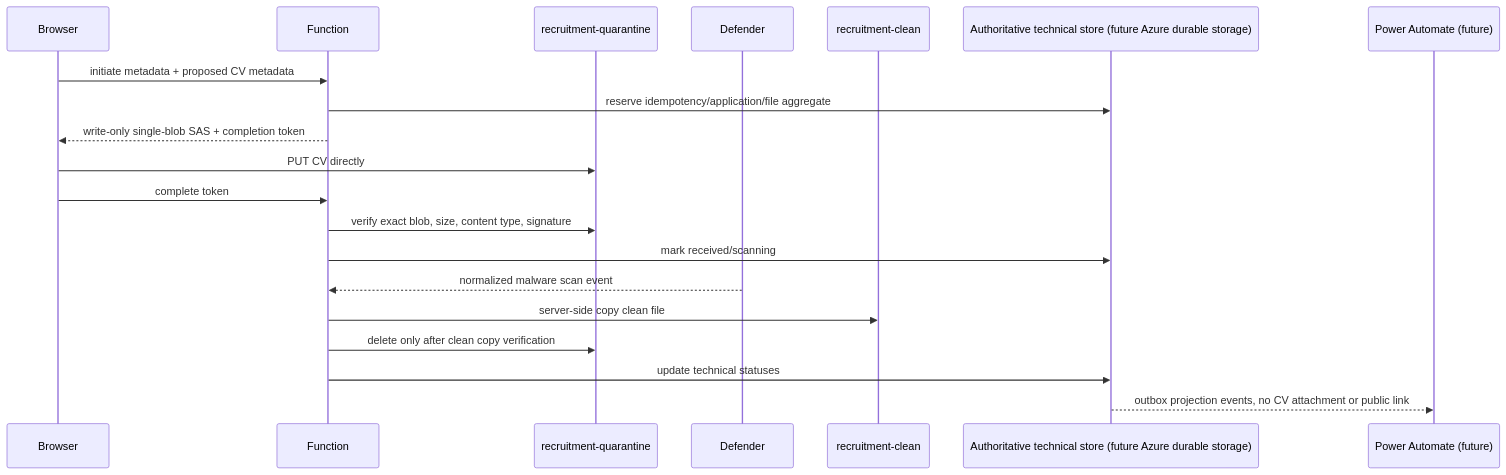
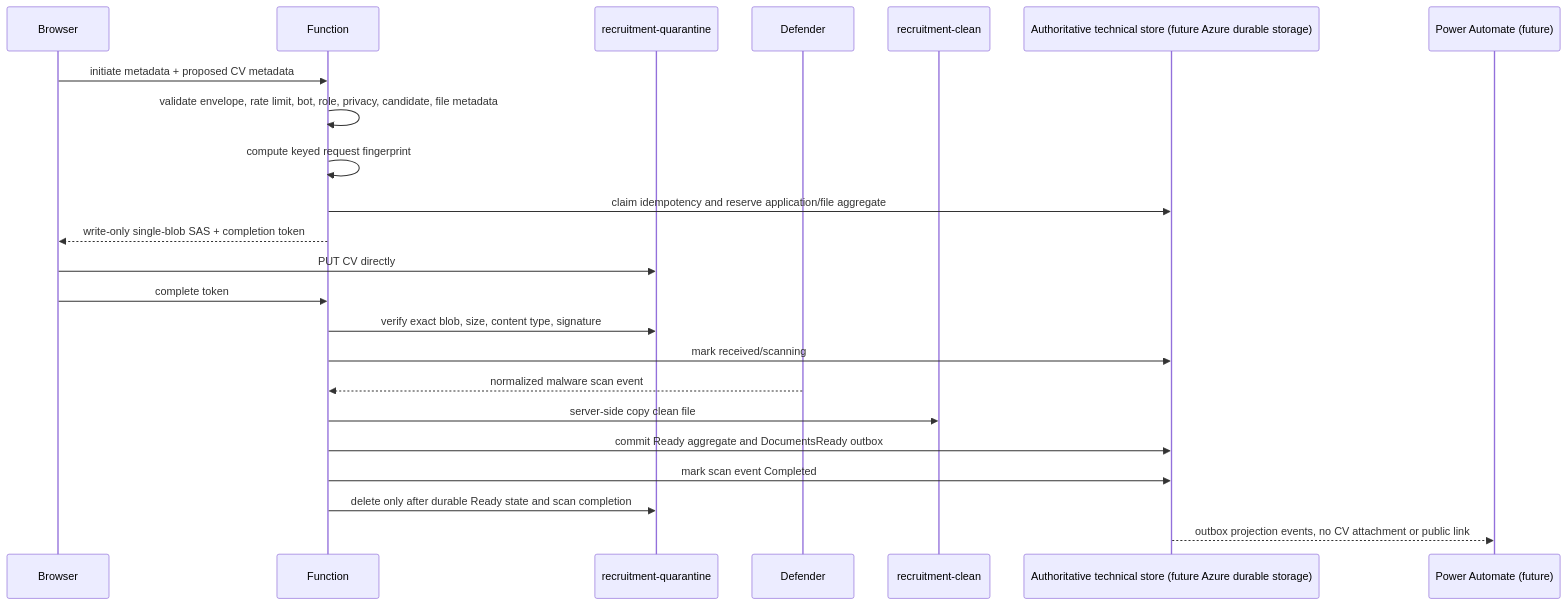
Before and after one commit to shorevest/website: the diagram in docs/recruitment-application-backend.md, drawn with Mermaid. The commit also changed other lines of this file and 5 other files, not shown here.

Commit message:
Repair recruitment idempotency credentials and scan reconciliation

````diff
--- a/docs/recruitment-application-backend.md
+++ b/docs/recruitment-application-backend.md
@@ -16,22 +16,25 @@
 ```mermaid
 sequenceDiagram
   participant Browser
   participant Function
   participant Quarantine as recruitment-quarantine
   participant Defender
   participant Clean as recruitment-clean
   participant Records as Authoritative technical store (future Azure durable storage)
   participant PowerAutomate as Power Automate (future)
   Browser->>Function: initiate metadata + proposed CV metadata
-  Function->>Records: reserve idempotency/application/file aggregate
+  Function->>Function: validate envelope, rate limit, bot, role, privacy, candidate, file metadata
+  Function->>Function: compute keyed request fingerprint
+  Function->>Records: claim idempotency and reserve application/file aggregate
   Function-->>Browser: write-only single-blob SAS + completion token
   Browser->>Quarantine: PUT CV directly
   Browser->>Function: complete token
   Function->>Quarantine: verify exact blob, size, content type, signature
   Function->>Records: mark received/scanning
   Defender-->>Function: normalized malware scan event
   Function->>Clean: server-side copy clean file
-  Function->>Quarantine: delete only after clean copy verification
-  Function->>Records: update technical statuses
+  Function->>Records: commit Ready aggregate and DocumentsReady outbox
+  Function->>Records: mark scan event Completed
+  Function->>Quarantine: delete only after durable Ready state and scan completion
   Records-->>PowerAutomate: outbox projection events, no CV attachment or public link
 ```
````
